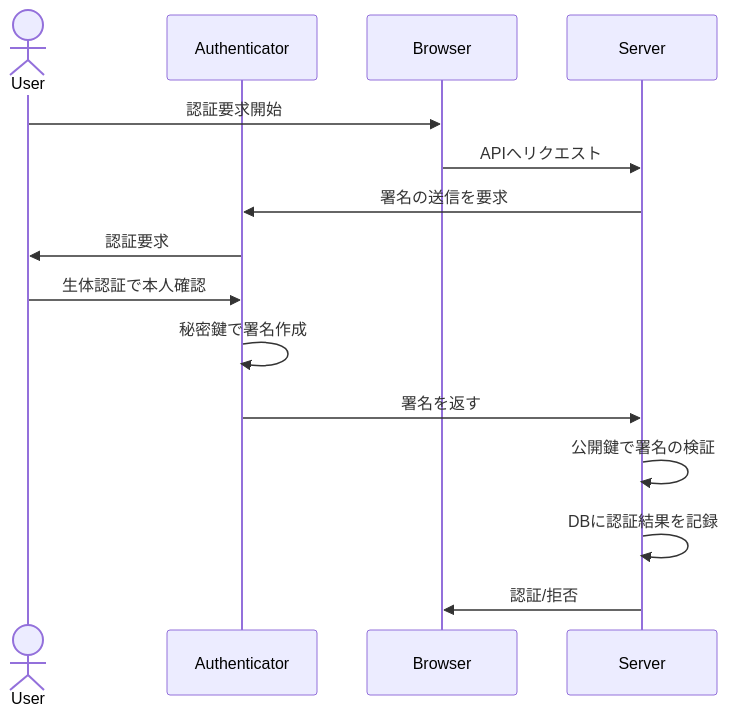
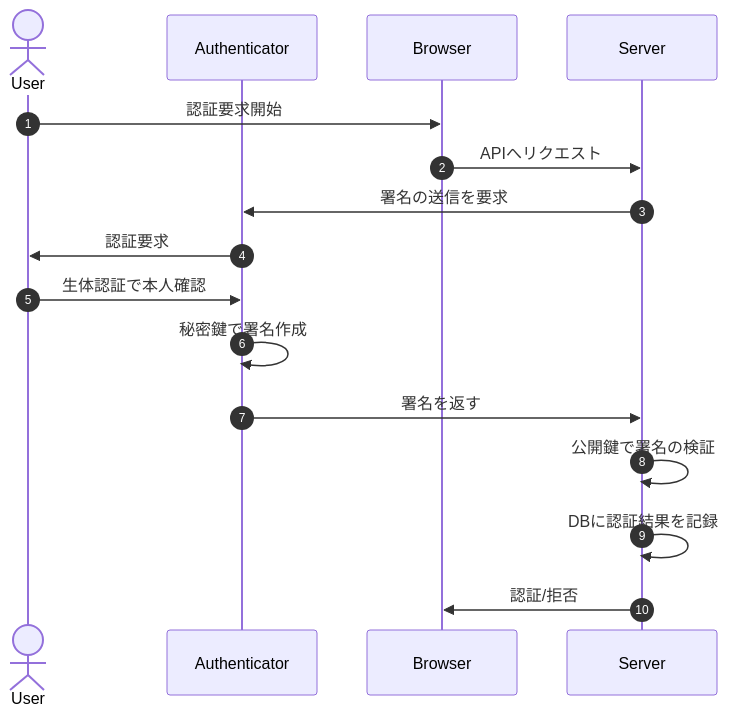
One commit to tttol/zenigame-gen2 changed the second of 2 diagrams in docs/WebAuthn.md. Above: the diagram before and after it, drawn with Mermaid. The commit also changed other lines of this file, not shown here.

````diff
--- a/docs/WebAuthn.md
+++ b/docs/WebAuthn.md
@@ -29,18 +28,19 @@
 ```mermaid
 sequenceDiagram
+    autonumber
     actor User
     participant Authenticator
     participant Browser
     participant Server
 
     User->>Browser: 認証要求開始
     Browser->>Server: APIへリクエスト
     Server->>Authenticator: 署名の送信を要求
     Authenticator->>User: 認証要求
     User->>Authenticator: 生体認証で本人確認
     Authenticator->>Authenticator: 秘密鍵で署名作成
     Authenticator->>Server: 署名を返す
     Server->>Server: 公開鍵で署名の検証
     Server->>Server: DBに認証結果を記録
     Server->>Browser: 認証/拒否
 ```
````
